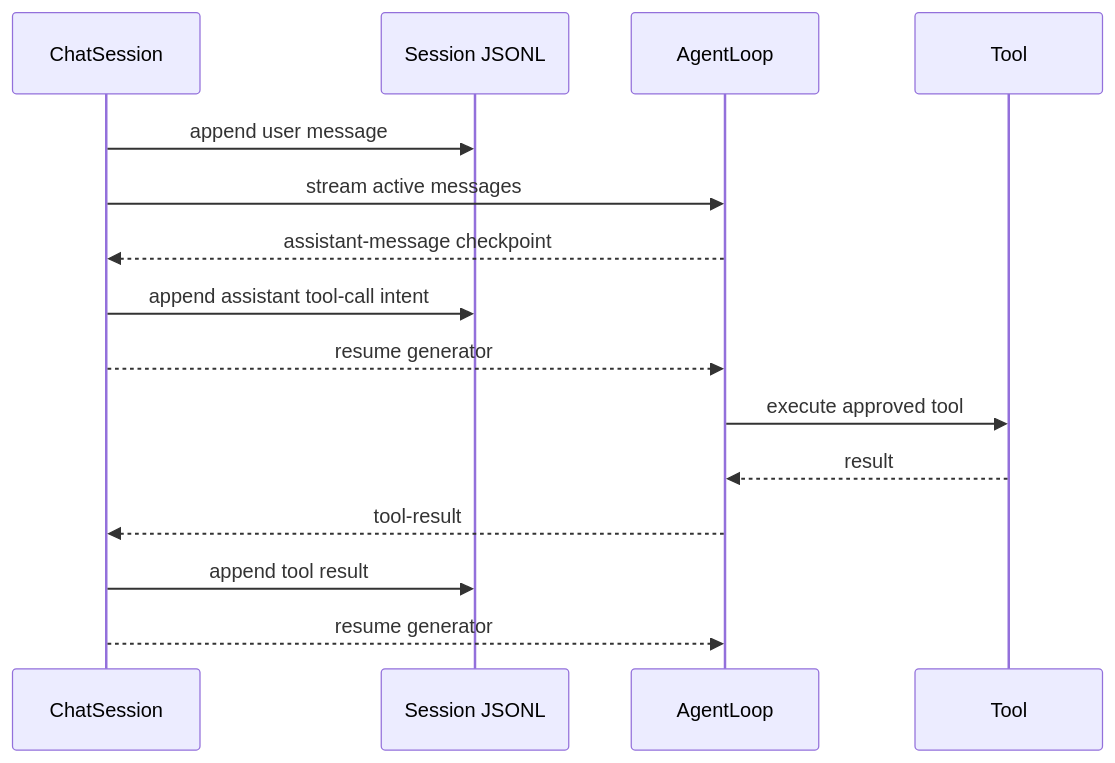
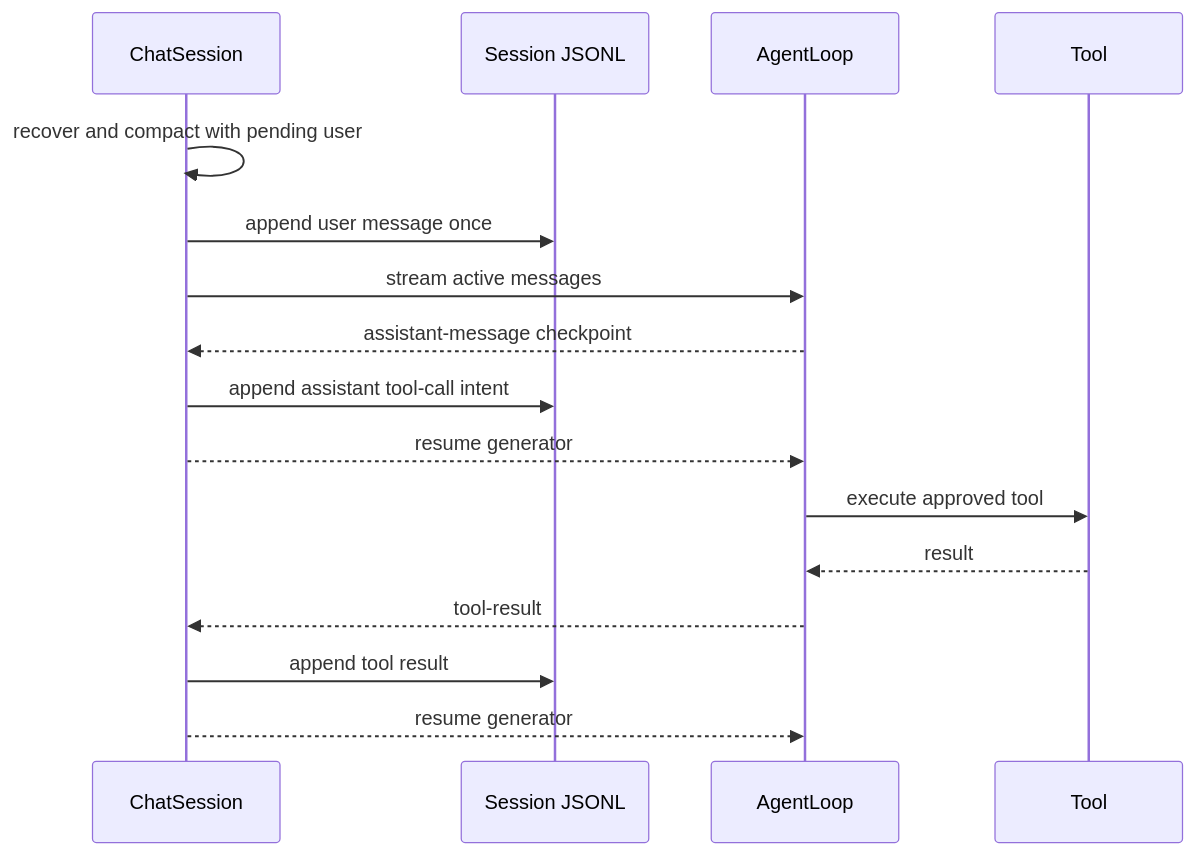
Before and after one commit to shellnaut-ai/ai_agent: the diagram in docs/superpowers/specs/2026-08-09-runtime-consistency-hardening-design.md, drawn with Mermaid. The commit also changed other lines of this file, not shown here.

````diff
--- a/docs/superpowers/specs/2026-08-09-runtime-consistency-hardening-design.md
+++ b/docs/superpowers/specs/2026-08-09-runtime-consistency-hardening-design.md
@@ -42,18 +44,19 @@
 ```mermaid
 sequenceDiagram
     participant C as ChatSession
     participant S as Session JSONL
     participant A as AgentLoop
     participant T as Tool
 
-    C->>S: append user message
+    C->>C: recover and compact with pending user
+    C->>S: append user message once
     C->>A: stream active messages
     A-->>C: assistant-message checkpoint
     C->>S: append assistant tool-call intent
     C-->>A: resume generator
     A->>T: execute approved tool
     T-->>A: result
     A-->>C: tool-result
     C->>S: append tool result
     C-->>A: resume generator
 ```
````
